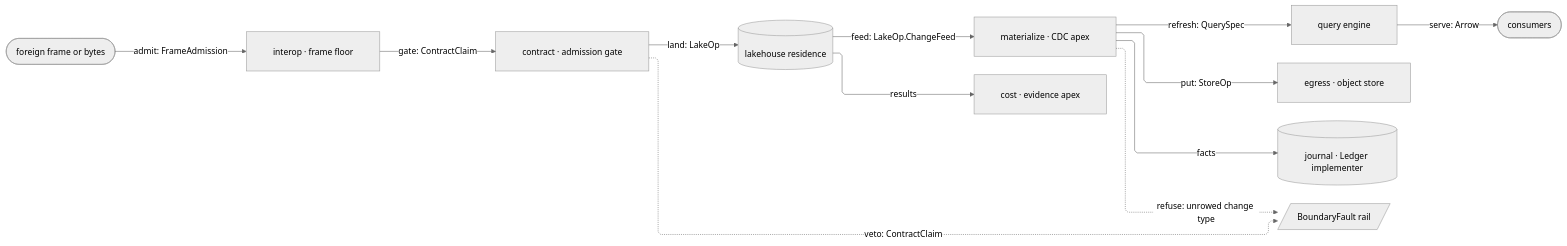
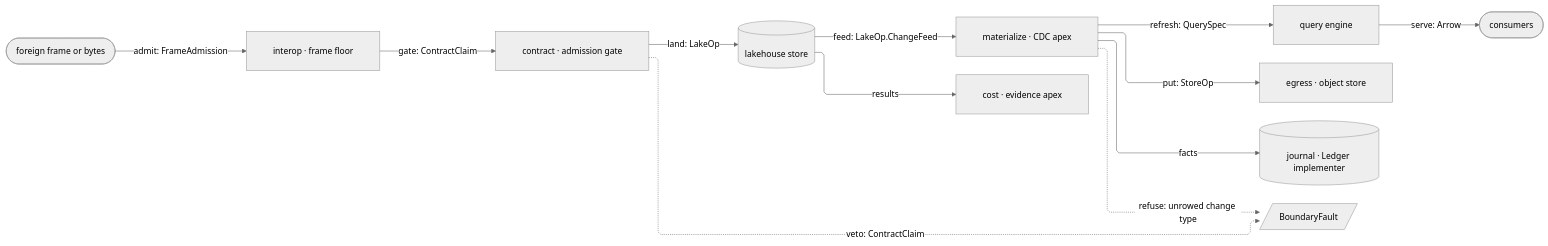
Before and after one commit to bsamiee/Rasm: the fifth of 5 diagrams in libs/python/data/ARCHITECTURE.md, drawn with Mermaid (neutral theme). The commit also changed other lines of this file and 1997 other files, not shown here.

First line of the commit message:
docs: rename rail to result and seam to boundary across the corpus

````diff
--- a/libs/python/data/ARCHITECTURE.md
+++ b/libs/python/data/ARCHITECTURE.md
@@ -264,23 +264,23 @@
 ```mermaid
 ---
 config:
   layout: elk
   flowchart:
     curve: linear
     padding: 25
 ---
 flowchart LR
     accTitle: Data tabular interchange spine
     accDescr: How a foreign frame admits, gates, lands, refreshes, and serves, with results and facts closing on the evidence apex.
     Foreign([foreign frame or bytes]) e1@-->|"admit: FrameAdmission"| Interop[interop · frame floor]
     Interop e2@-->|"gate: ContractClaim"| Contract[contract · admission gate]
-    Contract e3@-->|"land: LakeOp"| Lakehouse[(lakehouse residence)]
+    Contract e3@-->|"land: LakeOp"| Lakehouse[(lakehouse store)]
     Lakehouse e4@-->|"feed: LakeOp.ChangeFeed"| Materialize[materialize · CDC apex]
     Materialize e5@-->|"refresh: QuerySpec"| Query[query engine]
     Materialize e6@-->|"put: StoreOp"| Egress[egress · object store]
     Query e7@-->|"serve: Arrow"| Consumers([consumers])
     Lakehouse e8@-->|"results"| Cost[cost · evidence apex]
     Materialize e9@-->|"facts"| Journal[(journal · Ledger implementer)]
-    Contract f1@-.->|"veto: ContractClaim"| Fault[/BoundaryFault rail/]
+    Contract f1@-.->|"veto: ContractClaim"| Fault[/BoundaryFault/]
     Materialize f2@-.->|"refuse: unrowed change type"| Fault
 ```
````
